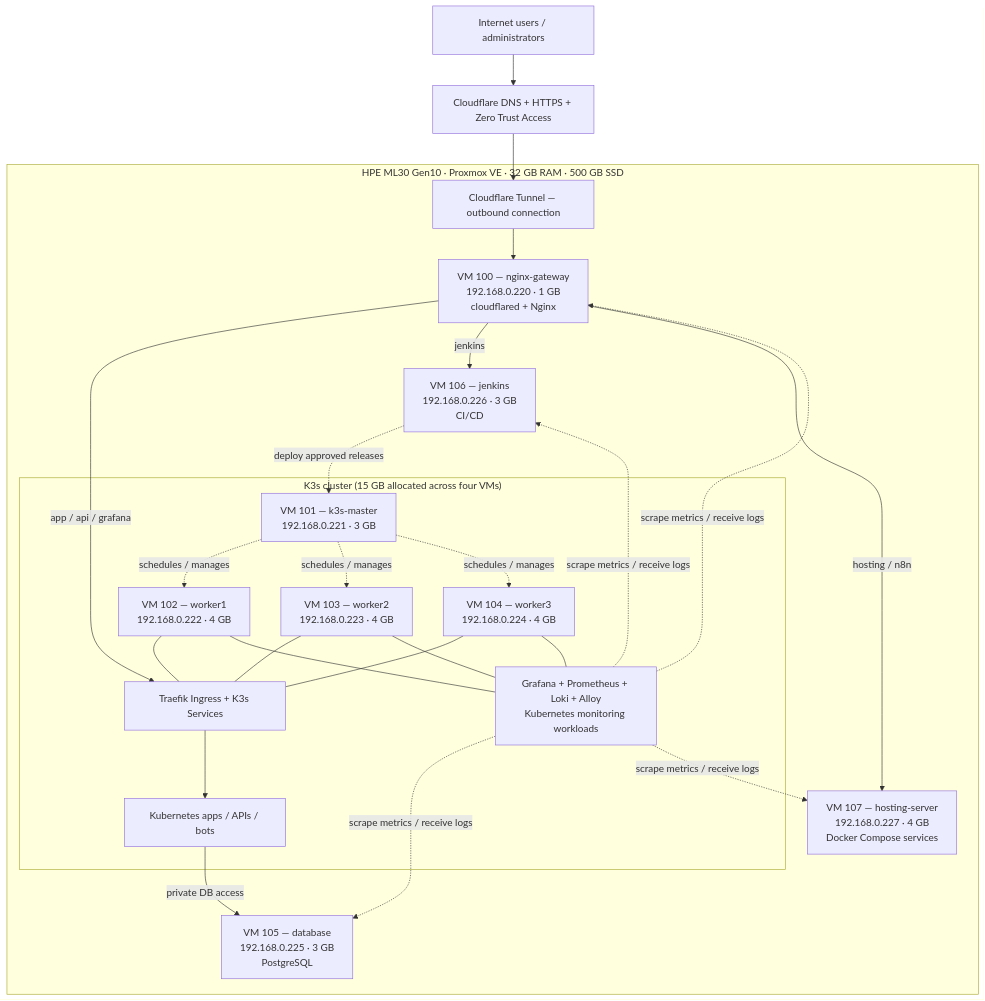
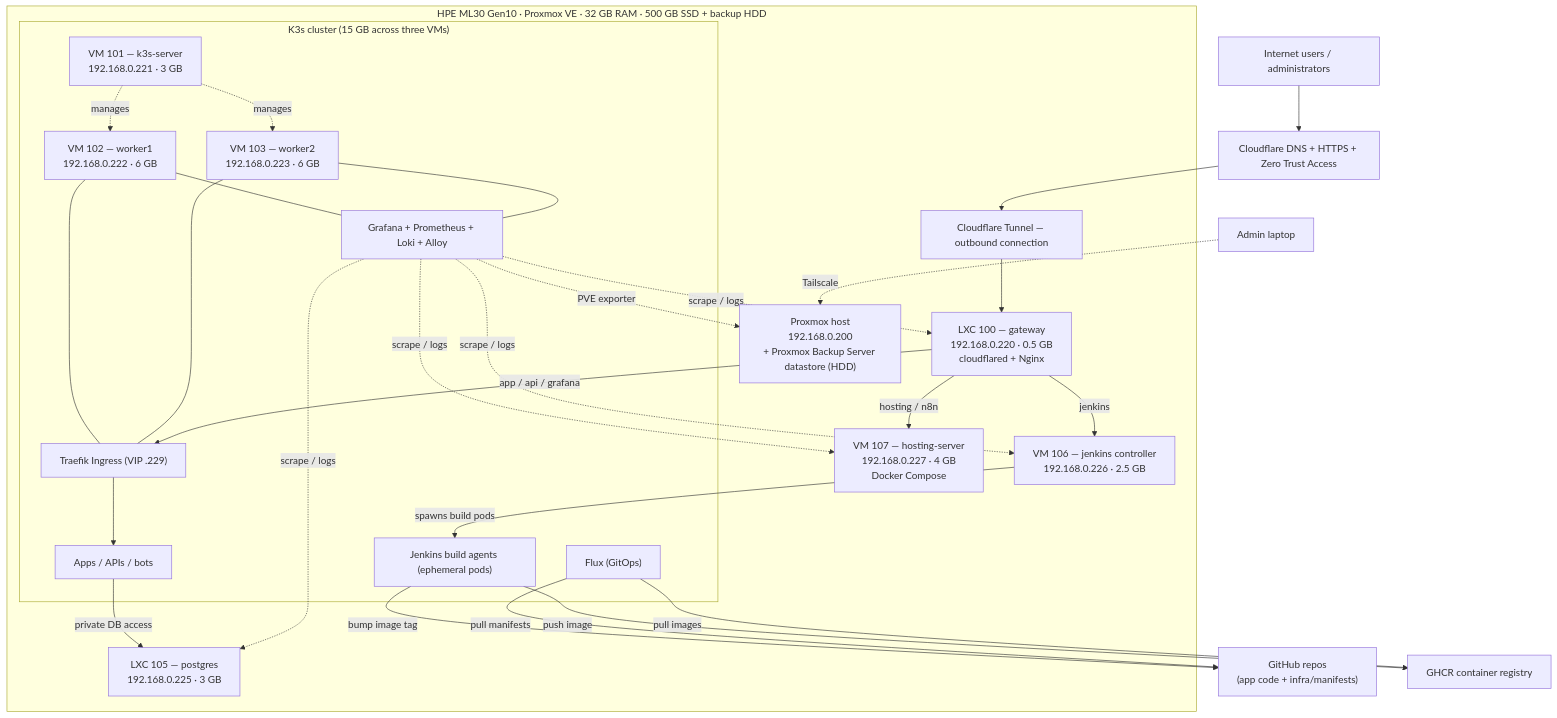
The diagram in README.md (ToekSopanha/HomelabDoc), drawn with Mermaid before and after one commit. The commit also changed other lines of this file, not shown here.

````diff
--- a/README.md
+++ b/README.md
@@ -69,44 +124,52 @@
 ```mermaid
 flowchart TB
     users["Internet users / administrators"] --> cf["Cloudflare DNS + HTTPS + Zero Trust Access"]
     cf --> tunnel["Cloudflare Tunnel — outbound connection"]
+    admin["Admin laptop"] -. "Tailscale" .-> pve
 
-    subgraph host["HPE ML30 Gen10 · Proxmox VE · 32 GB RAM · 500 GB SSD"]
-        gateway["VM 100 — nginx-gateway\n192.168.0.220 · 1 GB\ncloudflared + Nginx"]
+    subgraph host["HPE ML30 Gen10 · Proxmox VE · 32 GB RAM · 500 GB SSD + backup HDD"]
+        pve["Proxmox host\n192.168.0.200\n+ Proxmox Backup Server datastore (HDD)"]
+        gateway["LXC 100 — gateway\n192.168.0.220 · 0.5 GB\ncloudflared + Nginx"]
         tunnel --> gateway
 
-        subgraph cluster["K3s cluster (15 GB allocated across four VMs)"]
-            master["VM 101 — k3s-master\n192.168.0.221 · 3 GB"]
-            w1["VM 102 — worker1\n192.168.0.222 · 4 GB"]
-            w2["VM 103 — worker2\n192.168.0.223 · 4 GB"]
-            w3["VM 104 — worker3\n192.168.0.224 · 4 GB"]
-            traefik["Traefik Ingress + K3s Services"]
-            apps["Kubernetes apps / APIs / bots"]
-            mon["Grafana + Prometheus + Loki + Alloy\nKubernetes monitoring workloads"]
-            master -. schedules / manages .-> w1
-            master -. schedules / manages .-> w2
-            master -. schedules / manages .-> w3
-            traefik --> apps
+        subgraph cluster["K3s cluster (15 GB across three VMs)"]
+            master["VM 101 — k3s-server\n192.168.0.221 · 3 GB"]
+            w1["VM 102 — worker1\n192.168.0.222 · 6 GB"]
+            w2["VM 103 — worker2\n192.168.0.223 · 6 GB"]
+            traefik["Traefik Ingress (VIP .229)"]
+            apps["Apps / APIs / bots"]
+            mon["Grafana + Prometheus + Loki + Alloy"]
+            flux["Flux (GitOps)"]
+            agents["Jenkins build agents (ephemeral pods)"]
+            master -. manages .-> w1
+            master -. manages .-> w2
             w1 --- traefik
             w2 --- traefik
-            w3 --- traefik
+            traefik --> apps
             w1 --- mon
             w2 --- mon
-            w3 --- mon
         end
 
-        db["VM 105 — database\n192.168.0.225 · 3 GB\nPostgreSQL"]
-        jenkins["VM 106 — jenkins\n192.168.0.226 · 3 GB\nCI/CD"]
-        hosting["VM 107 — hosting-server\n192.168.0.227 · 4 GB\nDocker Compose services"]
+        db["LXC 105 — postgres\n192.168.0.225 · 3 GB"]
+        jenkins["VM 106 — jenkins controller\n192.168.0.226 · 2.5 GB"]
+        hosting["VM 107 — hosting-server\n192.168.0.227 · 4 GB\nDocker Compose"]
 
         gateway -->|"app / api / grafana"| traefik
         gateway -->|"jenkins"| jenkins
         gateway -->|"hosting / n8n"| hosting
         apps -->|"private DB access"| db
-        jenkins -. "deploy approved releases" .-> master
-        mon -. "scrape metrics / receive logs" .-> db
-        mon -. "scrape metrics / receive logs" .-> jenkins
-        mon -. "scrape metrics / receive logs" .-> gateway
-        mon -. "scrape metrics / receive logs" .-> hosting
+        jenkins -->|"spawns build pods"| agents
+        mon -. "scrape / logs" .-> db
+        mon -. "scrape / logs" .-> jenkins
+        mon -. "scrape / logs" .-> gateway
+        mon -. "scrape / logs" .-> hosting
+        mon -. "PVE exporter" .-> pve
     end
+
+    git["GitHub repos\n(app code + infra/manifests)"]
+    ghcr["GHCR container registry"]
+    agents -->|"push image"| ghcr
+    agents -->|"bump image tag"| git
+    flux -->|"pull manifests"| git
+    flux -->|"pull images"| ghcr
 ```
````
